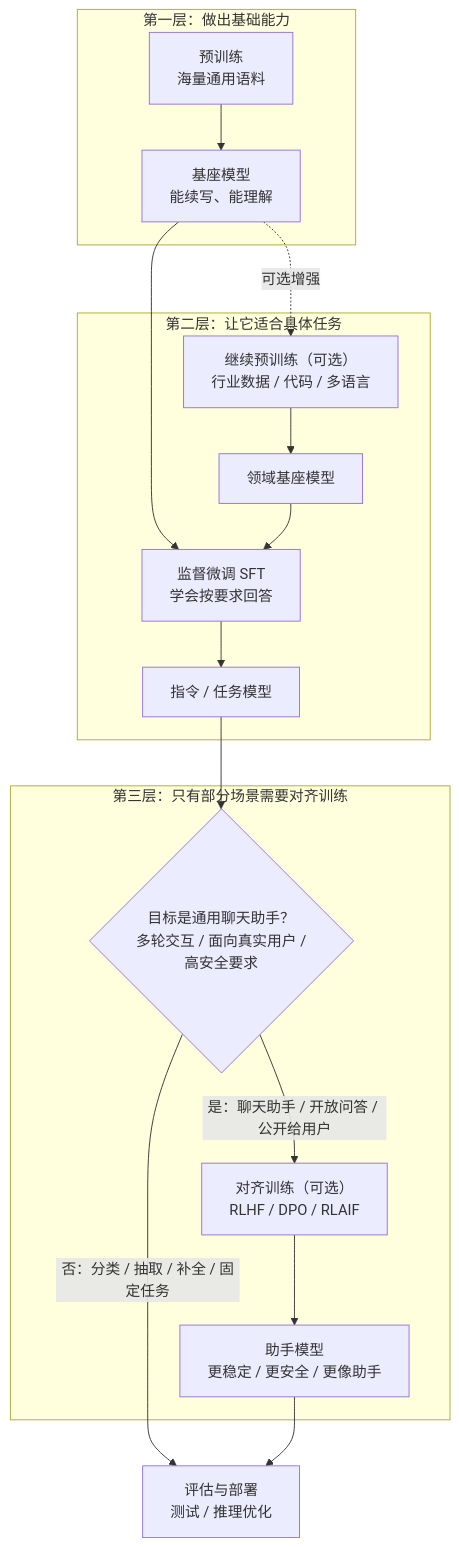
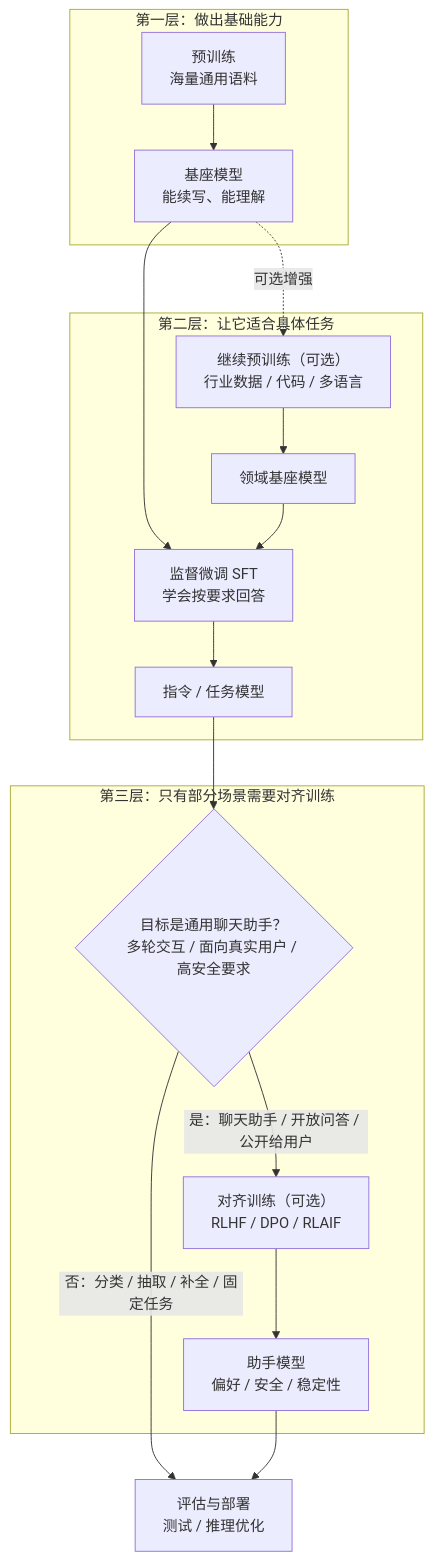
One commit to owent/blog-website changed the diagram in 2026/2608.md. Above: the diagram before and after it, drawn with Mermaid. The commit also changed other lines of this file and 21 other files, not shown here.

````diff
--- a/2026/2608.md
+++ b/2026/2608.md
@@ -40,25 +42,24 @@
 ```mermaid
 flowchart TD
   subgraph L1["第一层：做出基础能力"]
     A["预训练<br/>海量通用语料"] --> B["基座模型<br/>能续写、能理解"]
   end
 
   subgraph L2["第二层：让它适合具体任务"]
     H["继续预训练（可选）<br/>行业数据 / 代码 / 多语言"] --> I["领域基座模型"]
     C["监督微调 SFT<br/>学会按要求回答"] --> D["指令 / 任务模型"]
   end
 
   subgraph L3["第三层：只有部分场景需要对齐训练"]
-    X{"目标是通用聊天助手？<br/>多轮交互 / 面向真实用户 /
-高安全要求"}
-    E["对齐训练（可选）<br/>RLHF / DPO / RLAIF"] --> F["助手模型<br/>更稳定 / 更安全 / 更像助手"]
+    X{"目标是通用聊天助手？<br/>多轮交互 / 面向真实用户 / 高安全要求"}
+    E["对齐训练（可选）<br/>RLHF / DPO / RLAIF"] --> F["助手模型<br/>偏好 / 安全 / 稳定性"]
   end
 
   B --> C
   B -. 可选增强 .-> H
   I --> C
   D --> X
   X -->|"否：分类 / 抽取 / 补全 / 固定任务"| G["评估与部署<br/>测试 / 推理优化"]
   X -->|"是：聊天助手 / 开放问答 / 公开给用户"| E
   F --> G
 ```
````
